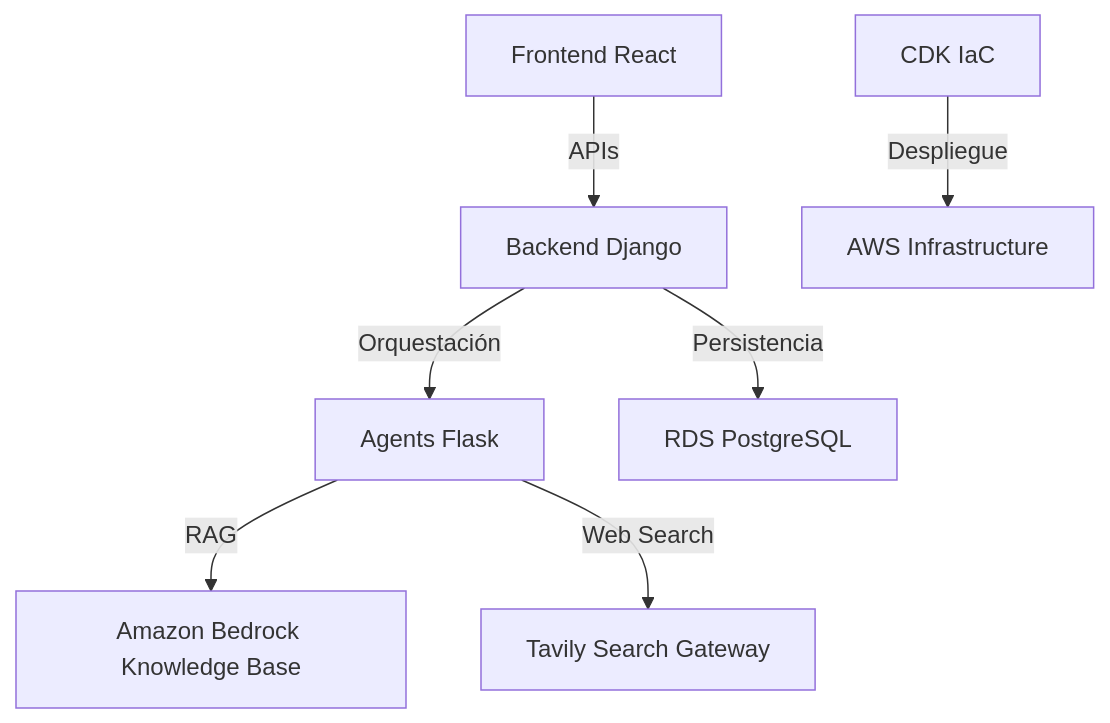
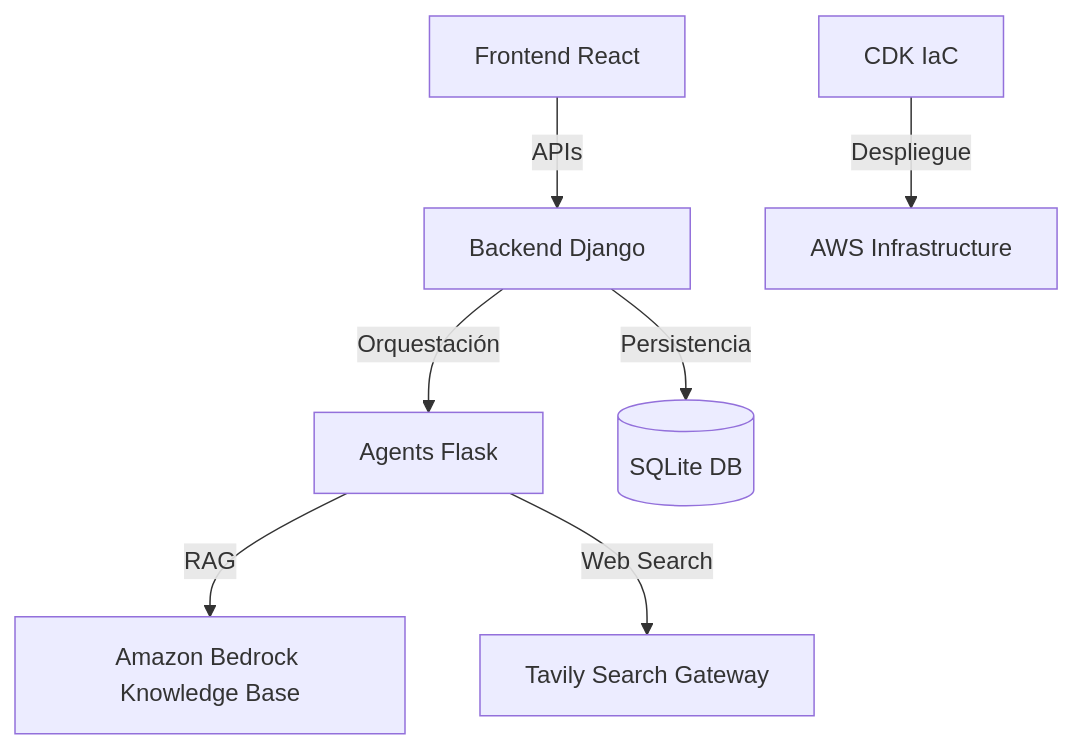
Before and after one commit to kevinGmezIoT/entry_task_bcp: the diagram in README.md, drawn with Mermaid. The commit also changed other lines of this file and 6 other files, not shown here.

````diff
--- a/README.md
+++ b/README.md
@@ -11,9 +11,9 @@
 ```mermaid
 graph TD
     A[Frontend React] -->|APIs| B[Backend Django]
     B -->|Orquestación| C[Agents Flask]
     C -->|RAG| D[Amazon Bedrock Knowledge Base]
     C -->|Web Search| E[Tavily Search Gateway]
-    B -->|Persistencia| F[RDS PostgreSQL]
+    B -->|Persistencia| F[(SQLite DB)]
     G[CDK IaC] -->|Despliegue| H[AWS Infrastructure]
 ```
````
